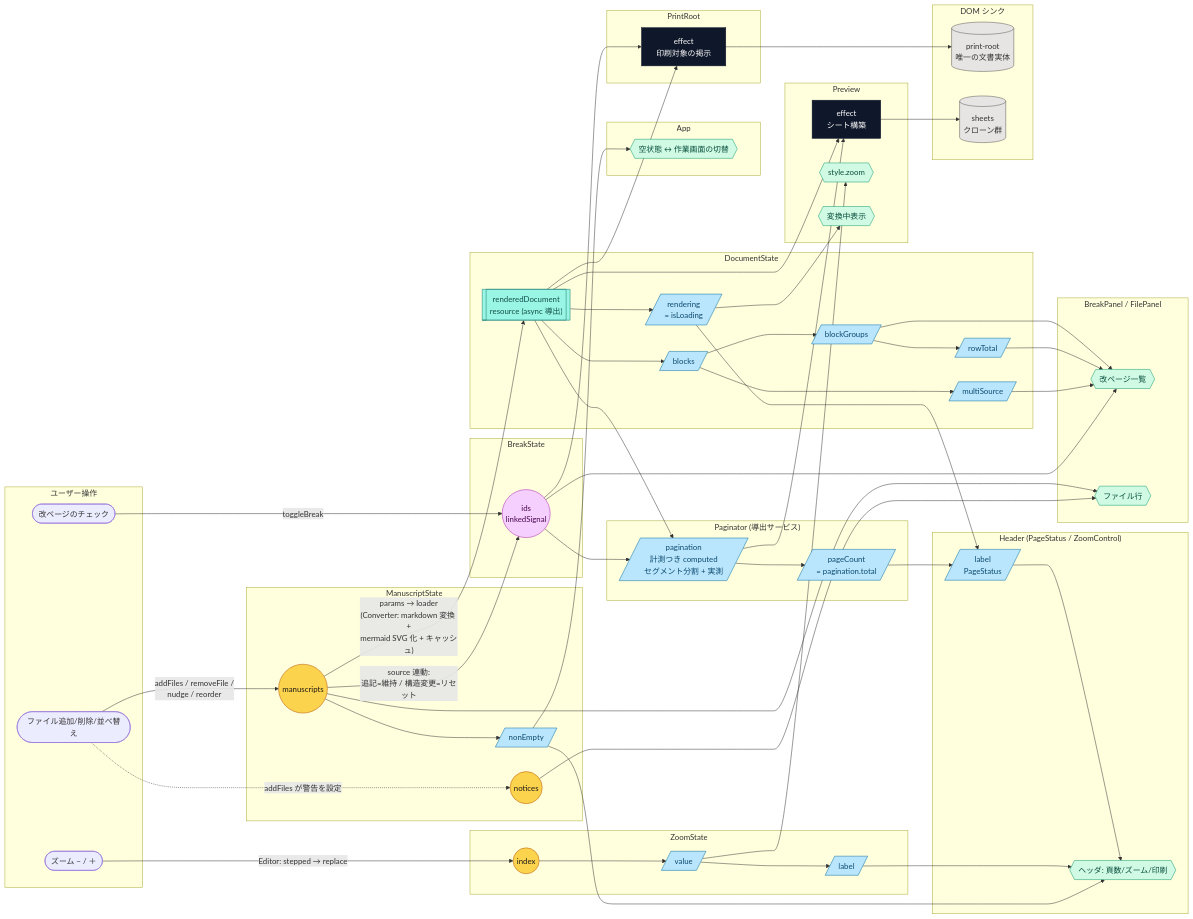
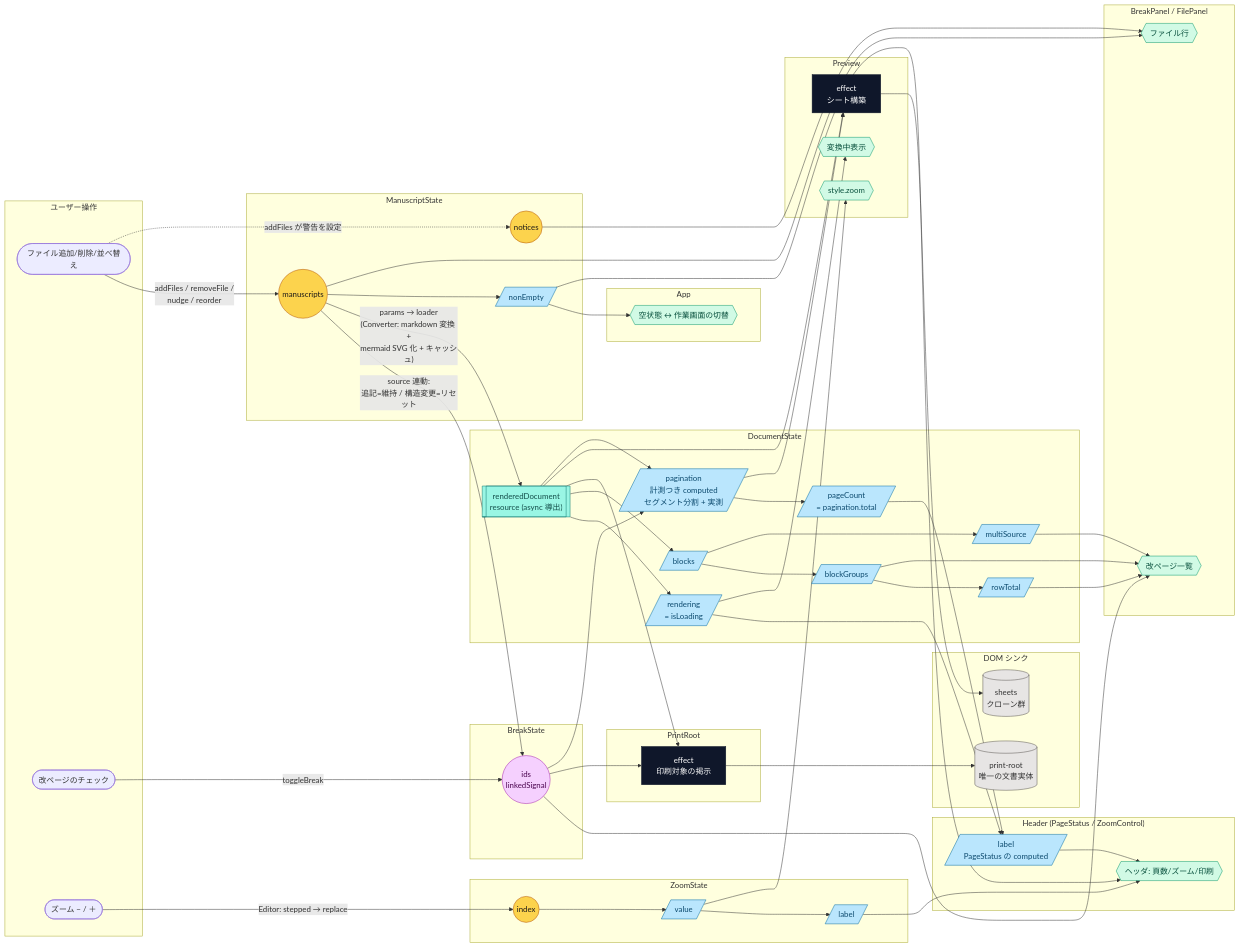
Before and after one commit to lacolaco/printmd: the diagram in docs/signal-graph.md, drawn with Mermaid. The commit also changed other lines of this file and 15 other files, not shown here.

```diff
--- a/docs/signal-graph.md
+++ b/docs/signal-graph.md
@@ -34,9 +34,6 @@
     C3[/blockGroups/]
     C4[/rowTotal/]
     C5[/multiSource/]
-  end
-
-  subgraph PaginatorS["Paginator (導出サービス)"]
     V3[/pagination<br/>計測つき computed<br/>セグメント分割 + 実測/]
     V2[/pageCount<br/>= pagination.total/]
   end
@@ -48,7 +45,7 @@
   end
 
   subgraph HeaderC["Header (PageStatus / ZoomControl)"]
-    HC1[/label<br/>PageStatus/]
+    HC1[/label<br/>PageStatus の computed/]
     T1{{ヘッダ: 頁数/ズーム/印刷}}
   end
 
```
